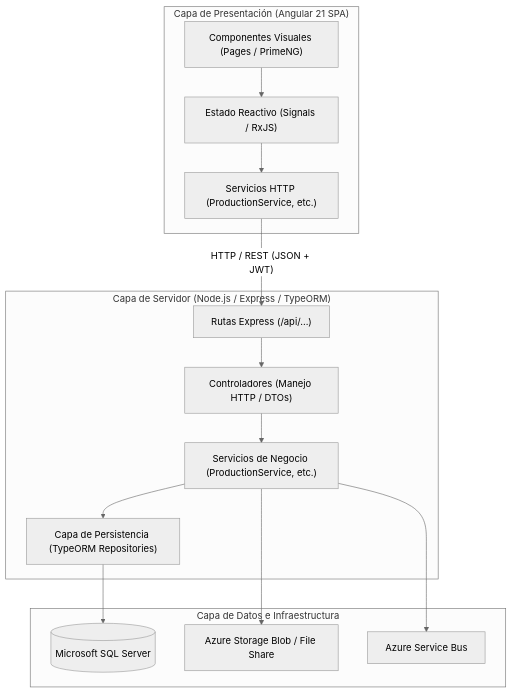
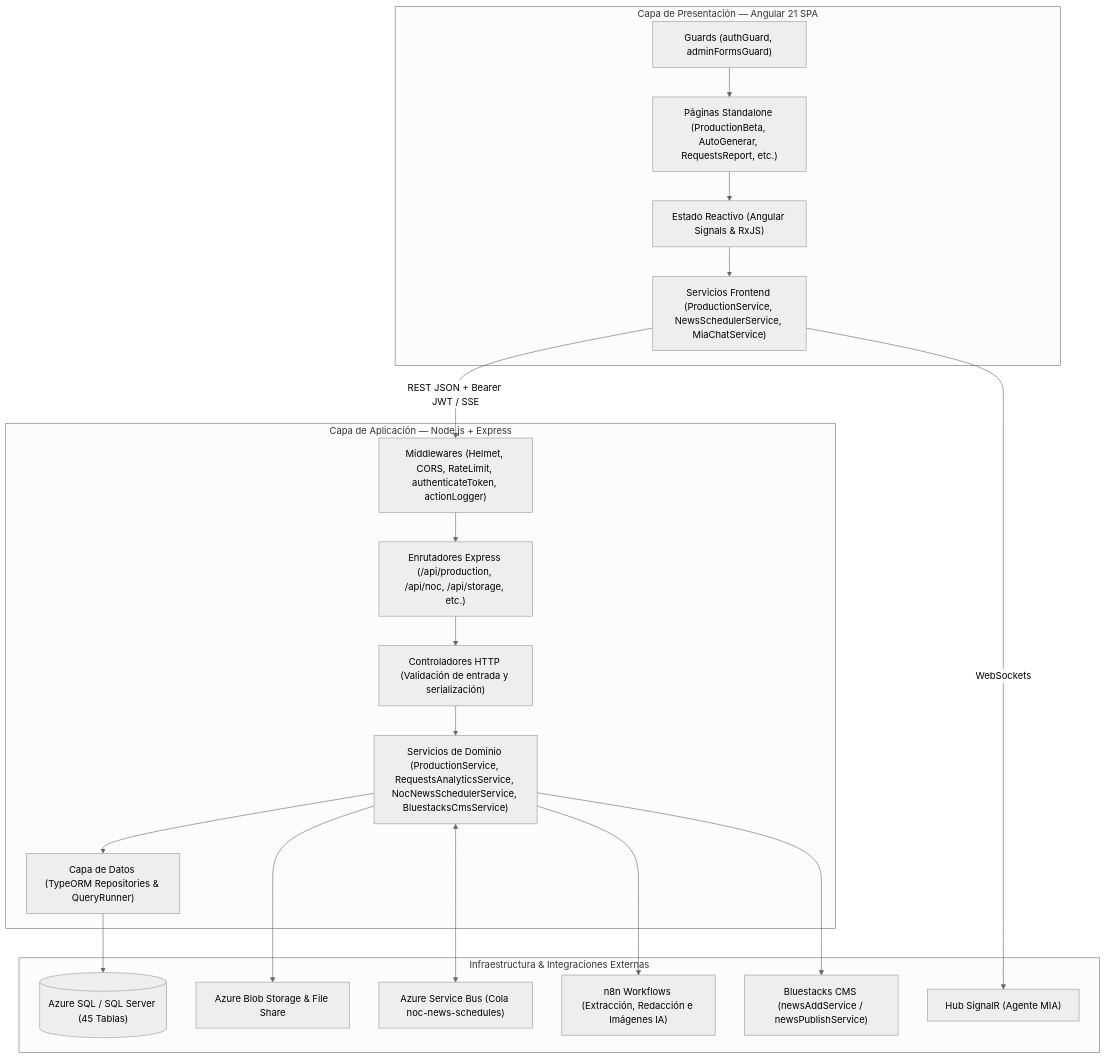
The first of 5 diagrams in README.md (RDiaZ-2025/front-conciliaciones), drawn with Mermaid (neutral theme) before and after one commit. The commit also changed other lines of this file, not shown here.

````diff
--- a/README.md
+++ b/README.md
@@ -178,32 +401,40 @@
 ```mermaid
 flowchart TD
-    subgraph Frontend["Capa de Presentación (Angular 21 SPA)"]
-        UI["Componentes Visuales (Pages / PrimeNG)"]
-        State["Estado Reactivo (Signals / RxJS)"]
-        HttpServices["Servicios HTTP (ProductionService, etc.)"]
-        UI --> State
-        State --> HttpServices
+    subgraph Client["Capa de Presentación — Angular 21 SPA"]
+        Pages["Páginas Standalone (ProductionBeta, AutoGenerar, RequestsReport, etc.)"]
+        Signals["Estado Reactivo (Angular Signals & RxJS)"]
+        FE_Services["Servicios Frontend (ProductionService, NewsSchedulerService, MiaChatService)"]
+        Guards["Guards (authGuard, adminFormsGuard)"]
+        
+        Guards --> Pages
+        Pages --> Signals
+        Signals --> FE_Services
     end
 
-    subgraph Backend["Capa de Servidor (Node.js / Express / TypeORM)"]
-        Routes["Rutas Express (/api/...)"]
-        Controllers["Controladores (Manejo HTTP / DTOs)"]
-        Services["Servicios de Negocio (ProductionService, etc.)"]
-        Repo["Capa de Persistencia (TypeORM Repositories)"]
-        
-        Routes --> Controllers
-        Controllers --> Services
-        Services --> Repo
+    subgraph Server["Capa de Aplicación — Node.js + Express"]
+        MW["Middlewares (Helmet, CORS, RateLimit, authenticateToken, actionLogger)"]
+        Routes["Enrutadores Express (/api/production, /api/noc, /api/storage, etc.)"]
+        Controllers["Controladores HTTP (Validación de entrada y serialización)"]
+        BE_Services["Servicios de Dominio (ProductionService, RequestsAnalyticsService, NocNewsSchedulerService, BluestacksCmsService)"]
+        ORM["Capa de Datos (TypeORM Repositories & QueryRunner)"]
+
+        MW --> Routes --> Controllers --> BE_Services --> ORM
     end
 
-    subgraph External["Capa de Datos e Infraestructura"]
-        DB[(Microsoft SQL Server)]
-        AzureBlob["Azure Storage Blob / File Share"]
-        AzureSB["Azure Service Bus"]
+    subgraph Infra["Infraestructura & Integraciones Externas"]
+        SQL[("Azure SQL / SQL Server (45 Tablas)")]
+        Blob["Azure Blob Storage & File Share"]
+        SB["Azure Service Bus (Cola noc-news-schedules)"]
+        N8N["n8n Workflows (Extracción, Redacción e Imágenes IA)"]
+        CMS["Bluestacks CMS (newsAddService / newsPublishService)"]
+        SignalR["Hub SignalR (Agente MIA)"]
     end
 
-    HttpServices -- "HTTP / REST (JSON + JWT)" --> Routes
-    Repo --> DB
-    Services --> AzureBlob
-    Services --> AzureSB
+    FE_Services -- "REST JSON + Bearer JWT / SSE" --> MW
+    FE_Services -- "WebSockets" --> SignalR
+    ORM --> SQL
+    BE_Services --> Blob
+    BE_Services <--> SB
+    BE_Services --> N8N
+    BE_Services --> CMS
 ```
````
